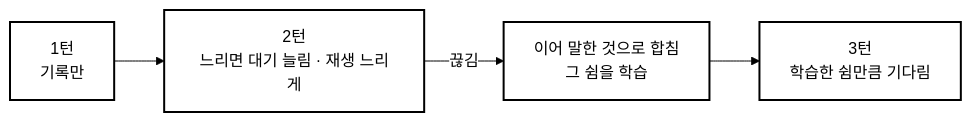
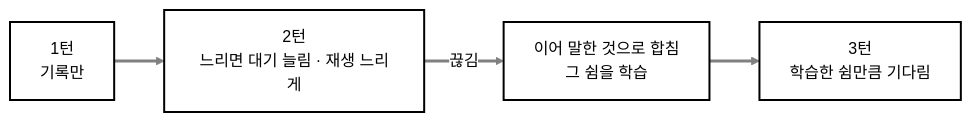
Before and after one commit to hanchaehun/DIRECTION_ON: the second of 2 diagrams in README.md, drawn with Mermaid. The commit also changed other lines of this file, not shown here.

````diff
--- a/README.md
+++ b/README.md
@@ -156,9 +157,10 @@
 ```mermaid
-%%{init: {"theme": "base", "themeVariables": {"fontSize": "16px", "primaryColor": "#ffffff", "primaryTextColor": "#000000", "primaryBorderColor": "#000000", "lineColor": "#000000", "edgeLabelBackground": "#ffffff", "tertiaryColor": "#ffffff"}}}%%
+%%{init: {"theme": "base", "themeVariables": {"fontSize": "16px", "primaryColor": "#ffffff", "primaryTextColor": "#000000", "primaryBorderColor": "#000000", "lineColor": "#808080", "edgeLabelBackground": "#ffffff", "tertiaryColor": "#ffffff"}}}%%
 flowchart LR
   T1[1턴<br/>기록만] --> T2[2턴<br/>느리면 대기 늘림 · 재생 느리게]
   T2 -- 끊김 --> X[이어 말한 것으로 합침<br/>그 쉼을 학습]
   X --> T3[3턴<br/>학습한 쉼만큼 기다림]
 
   classDef default fill:#ffffff,stroke:#000000,stroke-width:2px,color:#000000;
+  linkStyle default stroke:#808080,stroke-width:3px;
 ```
````
